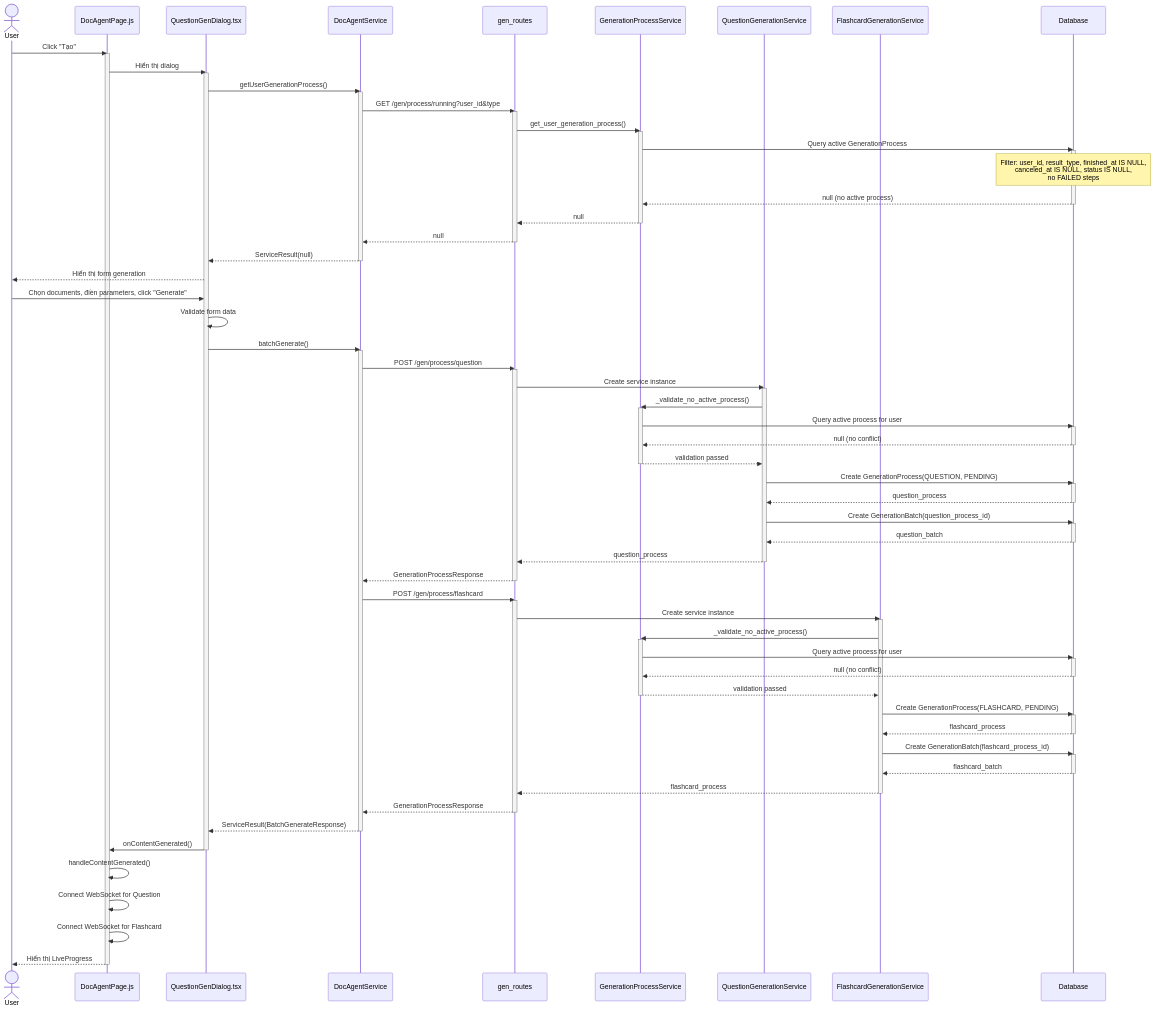
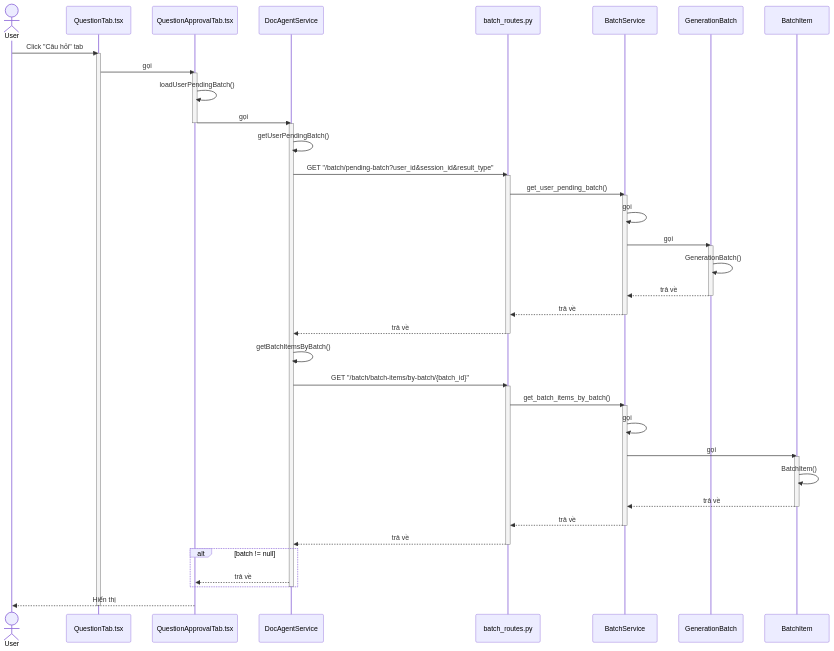
One commit to mduc-2610/gp_doc changed the first of 10 diagrams in generation/4_generation_batch_seq.md. Above: the diagram before and after it, drawn with Mermaid. The commit also changed other lines of this file and 34 other files, not shown here.

````diff
--- a/generation/4_generation_batch_seq.md
+++ b/generation/4_generation_batch_seq.md
@@ -5,112 +5,72 @@
 ```mermaid
 sequenceDiagram
     actor User
-    participant DocAgentPage as DocAgentPage.js
-    participant QuestionGenDialog as QuestionGenDialog.tsx
+    participant QuestionTab as QuestionTab.tsx
+    participant QuestionApprovalTab as QuestionApprovalTab.tsx
     participant DocAgentService as DocAgentService
-    participant GenRoutes as gen_routes
-    participant GenProcessService as GenerationProcessService
-    participant QuestionGenService as QuestionGenerationService
-    participant FlashcardGenService as FlashcardGenerationService
-    participant DB as Database
+    participant BatchRoutes as batch_routes.py
+    participant BatchService as BatchService
+    participant GenerationBatch as GenerationBatch
+    participant BatchItem as BatchItem
 
-    User->>DocAgentPage: Click "Tạo"
-    activate DocAgentPage
-    DocAgentPage->>QuestionGenDialog: Hiển thị dialog
-    activate QuestionGenDialog
+    User->>QuestionTab: Click "Câu hỏi" tab
+    activate QuestionTab
     
-    QuestionGenDialog->>DocAgentService: getUserGenerationProcess()
+    QuestionTab->>QuestionApprovalTab: gọi
+    activate QuestionApprovalTab
+    
+    QuestionApprovalTab->>QuestionApprovalTab: loadUserPendingBatch()
+    QuestionApprovalTab->>DocAgentService: gọi
+    deactivate QuestionApprovalTab
     activate DocAgentService
-    DocAgentService->>GenRoutes: GET /gen/process/running?user_id&type
-    activate GenRoutes
-    GenRoutes->>GenProcessService: get_user_generation_process()
-    activate GenProcessService
-    GenProcessService->>DB: Query active GenerationProcess
-    activate DB
-    Note over DB: Filter: user_id, result_type, finished_at IS NULL,<br/>canceled_at IS NULL, status IS NULL,<br/>no FAILED steps
-    DB-->>GenProcessService: null (no active process)
-    deactivate DB
-    GenProcessService-->>GenRoutes: null
-    deactivate GenProcessService
-    GenRoutes-->>DocAgentService: null
-    deactivate GenRoutes
-    DocAgentService-->>QuestionGenDialog: ServiceResult(null)
+    
+    DocAgentService->>DocAgentService: getUserPendingBatch()
+    DocAgentService->>BatchRoutes: GET "/batch/pending-batch?user_id&session_id&result_type"
+    activate BatchRoutes
+    
+    BatchRoutes->>BatchService: get_user_pending_batch()
+    activate BatchService
+    
+    BatchService->>BatchService: gọi
+    BatchService->>GenerationBatch: gọi
+    activate GenerationBatch
+    
+    GenerationBatch->>GenerationBatch: GenerationBatch()
+    GenerationBatch-->>BatchService: trả về
+    deactivate GenerationBatch
+    
+    BatchService-->>BatchRoutes: trả về
+    deactivate BatchService
+    
+    BatchRoutes-->>DocAgentService: trả về
+    deactivate BatchRoutes
+    
+    DocAgentService->>DocAgentService: getBatchItemsByBatch()
+    DocAgentService->>BatchRoutes: GET "/batch/batch-items/by-batch/{batch_id}"
+    activate BatchRoutes
+    
+    BatchRoutes->>BatchService: get_batch_items_by_batch()
+    activate BatchService
+    
+    BatchService->>BatchService: gọi
+    BatchService->>BatchItem: gọi
+    activate BatchItem
+    
+    BatchItem->>BatchItem: BatchItem()
+    BatchItem-->>BatchService: trả về
+    deactivate BatchItem
+    
+    BatchService-->>BatchRoutes: trả về
+    deactivate BatchService
+    
+    BatchRoutes-->>DocAgentService: trả về
+    deactivate BatchRoutes
+    
+    alt batch != null
+        DocAgentService-->>QuestionApprovalTab: trả về
+    end
     deactivate DocAgentService
     
-    QuestionGenDialog-->>User: Hiển thị form generation
-    
-    User->>QuestionGenDialog: Chọn documents, điền parameters, click "Generate"
-    QuestionGenDialog->>QuestionGenDialog: Validate form data
-    
-    QuestionGenDialog->>DocAgentService: batchGenerate()
-    activate DocAgentService
-    DocAgentService->>GenRoutes: POST /gen/process/question
-    activate GenRoutes
-    
-    GenRoutes->>QuestionGenService: Create service instance
-    activate QuestionGenService
-    QuestionGenService->>GenProcessService: _validate_no_active_process()
-    activate GenProcessService
-    GenProcessService->>DB: Query active process for user
-    activate DB
-    DB-->>GenProcessService: null (no conflict)
-    deactivate DB
-    GenProcessService-->>QuestionGenService: validation passed
-    deactivate GenProcessService
-    
-    QuestionGenService->>DB: Create GenerationProcess(QUESTION, PENDING)
-    activate DB
-    DB-->>QuestionGenService: question_process
-    deactivate DB
-    
-    QuestionGenService->>DB: Create GenerationBatch(question_process_id)
-    activate DB
-    DB-->>QuestionGenService: question_batch
-    deactivate DB
-    QuestionGenService-->>GenRoutes: question_process
-    deactivate QuestionGenService
-    
-    GenRoutes-->>DocAgentService: GenerationProcessResponse
-    deactivate GenRoutes
-    
-    DocAgentService->>GenRoutes: POST /gen/process/flashcard
-    activate GenRoutes
-    
-    GenRoutes->>FlashcardGenService: Create service instance
-    activate FlashcardGenService
-    FlashcardGenService->>GenProcessService: _validate_no_active_process()
-    activate GenProcessService
-    GenProcessService->>DB: Query active process for user
-    activate DB
-    DB-->>GenProcessService: null (no conflict)
-    deactivate DB
-    GenProcessService-->>FlashcardGenService: validation passed
-    deactivate GenProcessService
-    
-    FlashcardGenService->>DB: Create GenerationProcess(FLASHCARD, PENDING)
-    activate DB
-    DB-->>FlashcardGenService: flashcard_process
-    deactivate DB
-    
-    FlashcardGenService->>DB: Create GenerationBatch(flashcard_process_id)
-    activate DB
-    DB-->>FlashcardGenService: flashcard_batch
-    deactivate DB
-    FlashcardGenService-->>GenRoutes: flashcard_process
-    deactivate FlashcardGenService
-    
-    GenRoutes-->>DocAgentService: GenerationProcessResponse
-    deactivate GenRoutes
-    
-    DocAgentService-->>QuestionGenDialog: ServiceResult(BatchGenerateResponse)
-    deactivate DocAgentService
-    
-    QuestionGenDialog->>DocAgentPage: onContentGenerated()
-    deactivate QuestionGenDialog
-    
-    DocAgentPage->>DocAgentPage: handleContentGenerated()
-    DocAgentPage->>DocAgentPage: Connect WebSocket for Question
-    DocAgentPage->>DocAgentPage: Connect WebSocket for Flashcard
-    DocAgentPage-->>User: Hiển thị LiveProgress
-    deactivate DocAgentPage
+    QuestionApprovalTab-->>User: Hiển thị
+    deactivate QuestionTab
 ```
````
